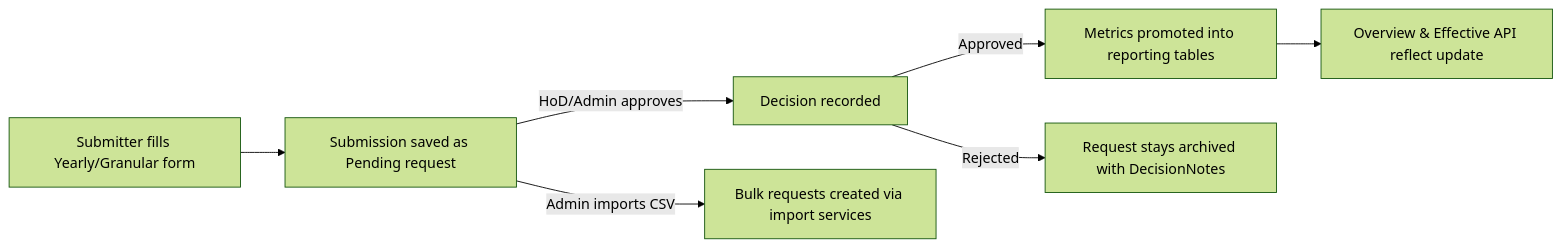
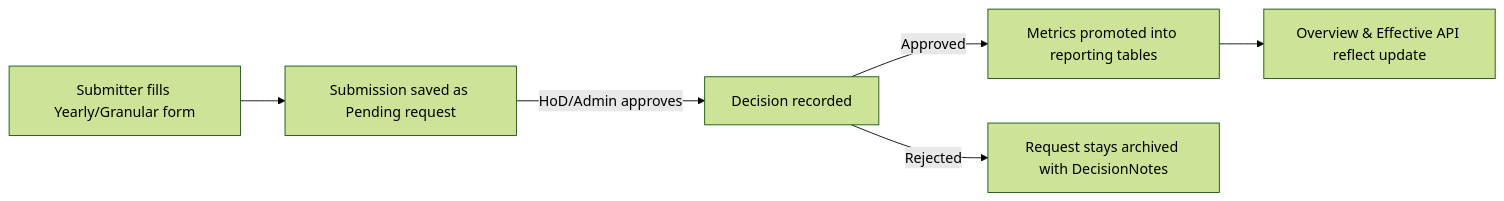
Before and after one commit to hariomahlawat/ProjectManagement: the diagram in docs/ProjectOfficeReports_Directions.md, drawn with Mermaid (forest theme). The commit also changed other lines of this file and 12 other files, not shown here.

````diff
--- a/docs/ProjectOfficeReports_Directions.md
+++ b/docs/ProjectOfficeReports_Directions.md
@@ -294,9 +293,8 @@
 ```mermaid
 flowchart LR
     A[Submitter fills Yearly/Granular form] --> B[Submission saved as Pending request]
     B -->|HoD/Admin approves| C[Decision recorded]
     C -->|Approved| D[Metrics promoted into reporting tables]
     C -->|Rejected| E[Request stays archived with DecisionNotes]
     D --> F[Overview & Effective API reflect update]
-    B -->|Admin imports CSV| G[Bulk requests created via import services]
 ```
````
